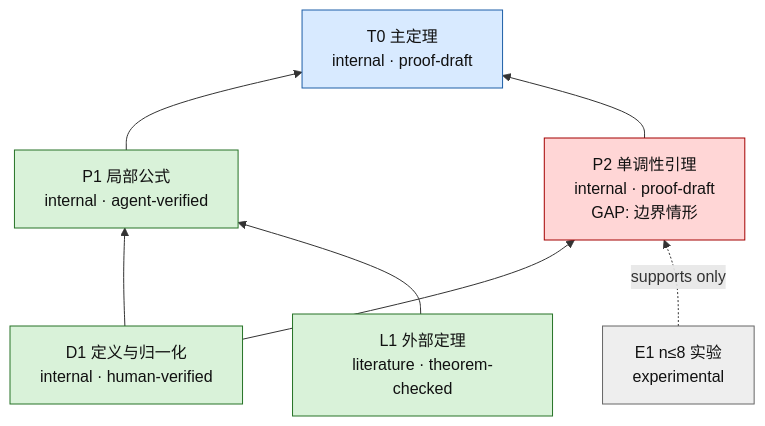
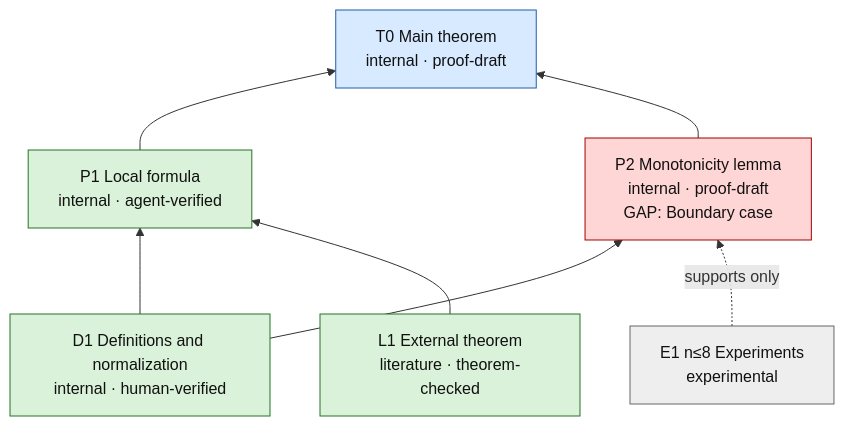
The second of 2 diagrams in templates/research-visualization.md (coker412/graph-geometry-research-workspace), drawn with Mermaid before and after one commit. The commit also changed other lines of this file and 70 other files, not shown here.

````diff
--- a/templates/research-visualization.md
+++ b/templates/research-visualization.md
@@ -80,26 +80,26 @@
 ```mermaid
 flowchart BT
-    D1["D1 定义与归一化<br/>internal · human-verified"]
-    L1["L1 外部定理<br/>literature · theorem-checked"]
-    P1["P1 局部公式<br/>internal · agent-verified"]
-    P2["P2 单调性引理<br/>internal · proof-draft<br/>GAP: 边界情形"]
-    T0["T0 主定理<br/>internal · proof-draft"]
-    E1["E1 n≤8 实验<br/>experimental"]
+    D1["D1 Definitions and normalization<br/>internal · human-verified"]
+    L1["L1 External theorem<br/>literature · theorem-checked"]
+    P1["P1 Local formula<br/>internal · agent-verified"]
+    P2["P2 Monotonicity lemma<br/>internal · proof-draft<br/>GAP: Boundary case"]
+    T0["T0 Main theorem<br/>internal · proof-draft"]
+    E1["E1 n≤8 Experiments<br/>experimental"]
 
     D1 --> P1
     L1 --> P1
     D1 --> P2
     P1 --> T0
     P2 --> T0
     E1 -.->|supports only| P2
 
     classDef verified fill:#d9f2d9,stroke:#267326,color:#111;
     classDef draft fill:#d8eaff,stroke:#1d5fa7,color:#111;
     classDef gap fill:#ffd6d6,stroke:#a40000,color:#111;
     classDef experimental fill:#eeeeee,stroke:#666,color:#111;
 
     class D1,L1,P1 verified;
     class T0 draft;
     class P2 gap;
     class E1 experimental;
 ```
````
